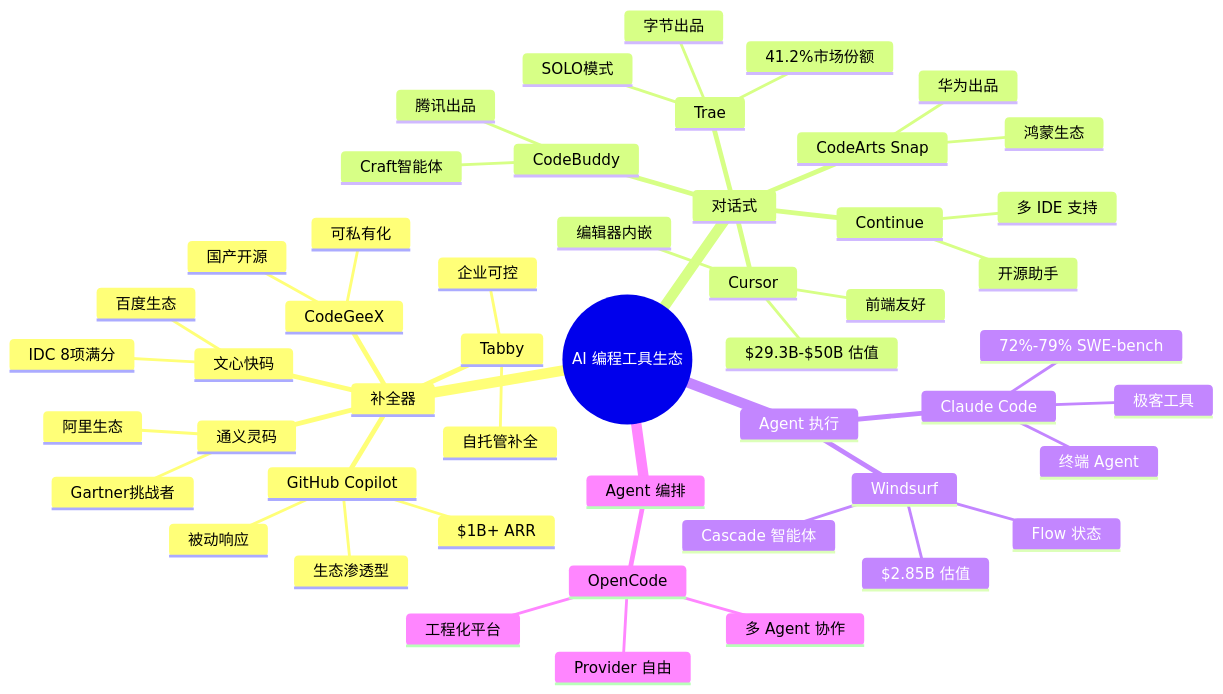
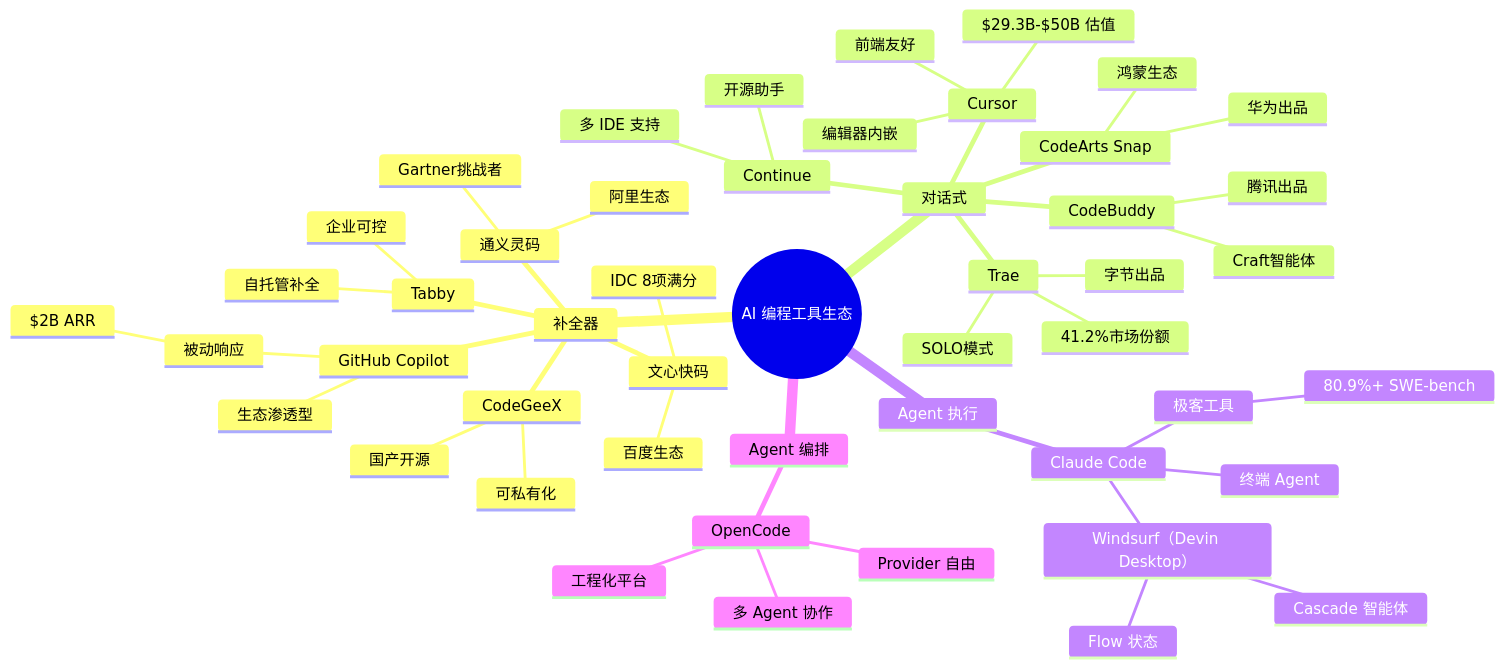
Before and after one commit to tonydeng/harness-engineering-from-oc-to-ai-coding: the first of 6 diagrams in src/01-introduction/why-opencode.md, drawn with Mermaid. The commit also changed other lines of this file and 331 other files, not shown here.

````diff
--- a/src/01-introduction/why-opencode.md
+++ b/src/01-introduction/why-opencode.md
@@ -125,53 +127,52 @@
 ```mermaid
 mindmap
   root((AI 编程工具生态))
     补全器
       GitHub Copilot
         生态渗透型
         被动响应
-        $1B+ ARR
+         $2B ARR
       Tabby
         自托管补全
         企业可控
       CodeGeeX
         国产开源
         可私有化
       通义灵码
         阿里生态
         Gartner挑战者
       文心快码
         百度生态
         IDC 8项满分
     对话式
       Cursor
         编辑器内嵌
         前端友好
         $29.3B-$50B 估值
       Continue
         开源助手
         多 IDE 支持
       Trae
         字节出品
         41.2%市场份额
         SOLO模式
       CodeBuddy
         腾讯出品
         Craft智能体
       CodeArts Snap
         华为出品
         鸿蒙生态
     Agent 执行
       Claude Code
         终端 Agent
         极客工具
-        72%-79% SWE-bench
-      Windsurf
-        Cascade 智能体
-        Flow 状态
-        $2.85B 估值
+         80.9%+ SWE-bench
+       Windsurf（Devin Desktop）
+         Cascade 智能体
+         Flow 状态
     Agent 编排
       OpenCode
         工程化平台
         多 Agent 协作
         Provider 自由
 ```
````
